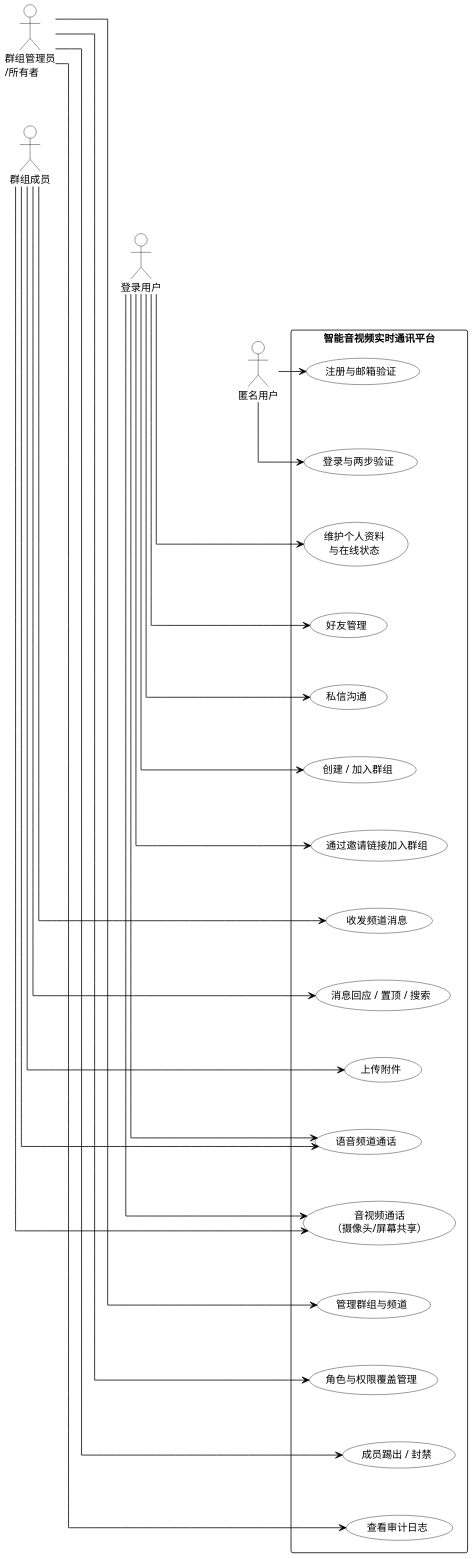
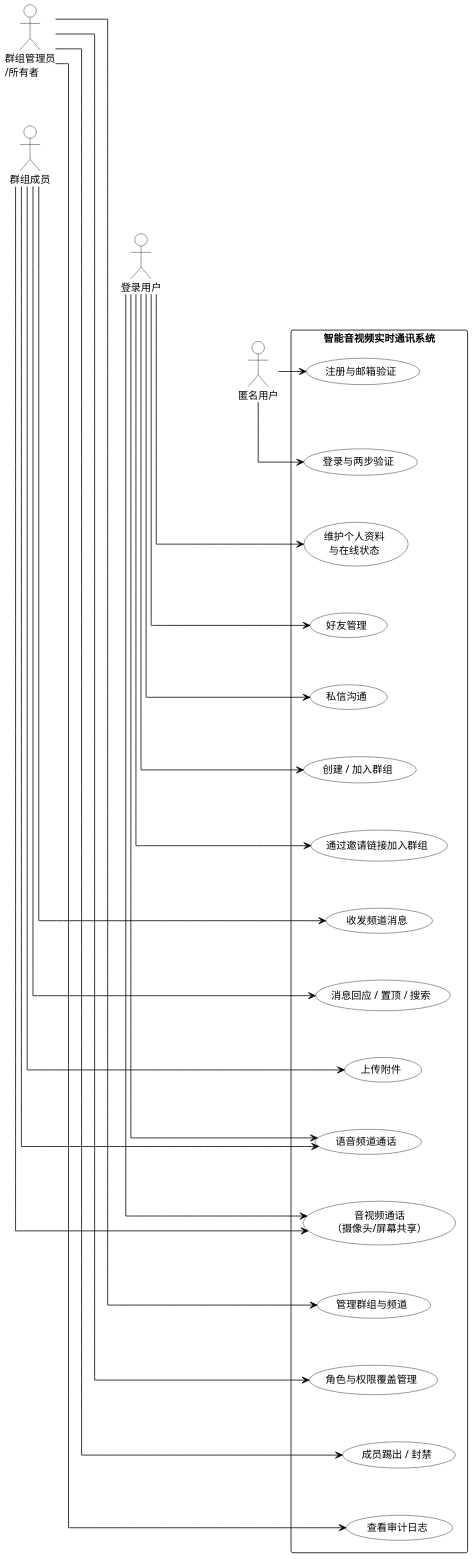
One commit to Siegfried-Crowley/Chorus changed the diagram in docs/figures/fig3-1-usecase.puml. Above: the diagram before and after it, drawn with PlantUML. The commit also changed 9 other files, not shown here.

```diff
--- a/docs/figures/fig3-1-usecase.puml
+++ b/docs/figures/fig3-1-usecase.puml
@@ -1,101 +1,101 @@
 @startuml fig3-1-usecase
 ' ===== 统一黑白打印样式：白底 / 黑框 / 黑字 / 无阴影 =====
 skinparam backgroundColor #FFFFFF
 skinparam shadowing false
 skinparam defaultFontName "Microsoft YaHei"
 skinparam defaultFontSize 13
 skinparam dpi 150
 skinparam defaultFontColor #000000
 skinparam ArrowColor #000000
 skinparam ArrowFontColor #000000
 skinparam linetype ortho
 skinparam usecase {
   BackgroundColor #FFFFFF
   BorderColor #000000
   FontColor #000000
 }
 skinparam actor {
   BackgroundColor #FFFFFF
   BorderColor #000000
   FontColor #000000
 }
 skinparam rectangle {
   BackgroundColor #FFFFFF
   BorderColor #000000
   FontColor #000000
 }
 ' 16 个用例单列纵向排列，按参与者分组：
 ' 匿名用户 → 登录用户 → 群组成员 → 群组管理员 / 所有者；4 个参与者统一置于左侧。
 ' 隐藏连线固定用例的单列纵向次序，并使参与者之间保持上下次序；
 ' 同一参与者的用例在列中相邻，因此其连线呈互不交叉的扇形。
 top to bottom direction
 
 actor "匿名用户" as anon
 actor "登录用户" as user
 actor "群组成员" as member
 actor "群组管理员\n/所有者" as admin
 
-rectangle "智能音视频实时通讯平台" {
+rectangle "智能音视频实时通讯系统" {
   ' —— 匿名用户 ——
   usecase "注册与邮箱验证" as UC1
   usecase "登录与两步验证" as UC2
   ' —— 登录用户 ——
   usecase "维护个人资料\n与在线状态" as UC3
   usecase "好友管理" as UC4
   usecase "私信沟通" as UC5
   usecase "创建 / 加入群组" as UC6
   usecase "通过邀请链接加入群组" as UC16
   ' —— 群组成员 ——
   usecase "收发频道消息" as UC7
   usecase "消息回应 / 置顶 / 搜索" as UC8
   usecase "上传附件" as UC9
   ' —— 登录用户与群组成员共有 ——
   usecase "语音频道通话" as UC10
   usecase "音视频通话\n（摄像头/屏幕共享）" as UC15
   ' —— 群组管理员 / 所有者 ——
   usecase "管理群组与频道" as UC11
   usecase "角色与权限覆盖管理" as UC12
   usecase "成员踢出 / 封禁" as UC13
   usecase "查看审计日志" as UC14
 }
 
 anon --> UC1
 anon --> UC2
 user --> UC3
 user --> UC4
 user --> UC5
 user --> UC6
 user --> UC16
 user --> UC10
 user --> UC15
 member --> UC7
 member --> UC8
 member --> UC9
 member --> UC10
 member --> UC15
 admin --> UC11
 admin --> UC12
 admin --> UC13
 admin --> UC14
 
 ' 隐藏连线：用例单列纵向次序
 UC1 -[hidden]-> UC2
 UC2 -[hidden]-> UC3
 UC3 -[hidden]-> UC4
 UC4 -[hidden]-> UC5
 UC5 -[hidden]-> UC6
 UC6 -[hidden]-> UC16
 UC16 -[hidden]-> UC7
 UC7 -[hidden]-> UC8
 UC8 -[hidden]-> UC9
 UC9 -[hidden]-> UC10
 UC10 -[hidden]-> UC15
 UC15 -[hidden]-> UC11
 UC11 -[hidden]-> UC12
 UC12 -[hidden]-> UC13
 UC13 -[hidden]-> UC14
 ' 隐藏连线：参与者自上而下的次序（群组管理员 → 群组成员 → 登录用户 → 匿名用户）
 admin -[hidden]-> member
 member -[hidden]-> user
 user -[hidden]-> anon
 @enduml
```
